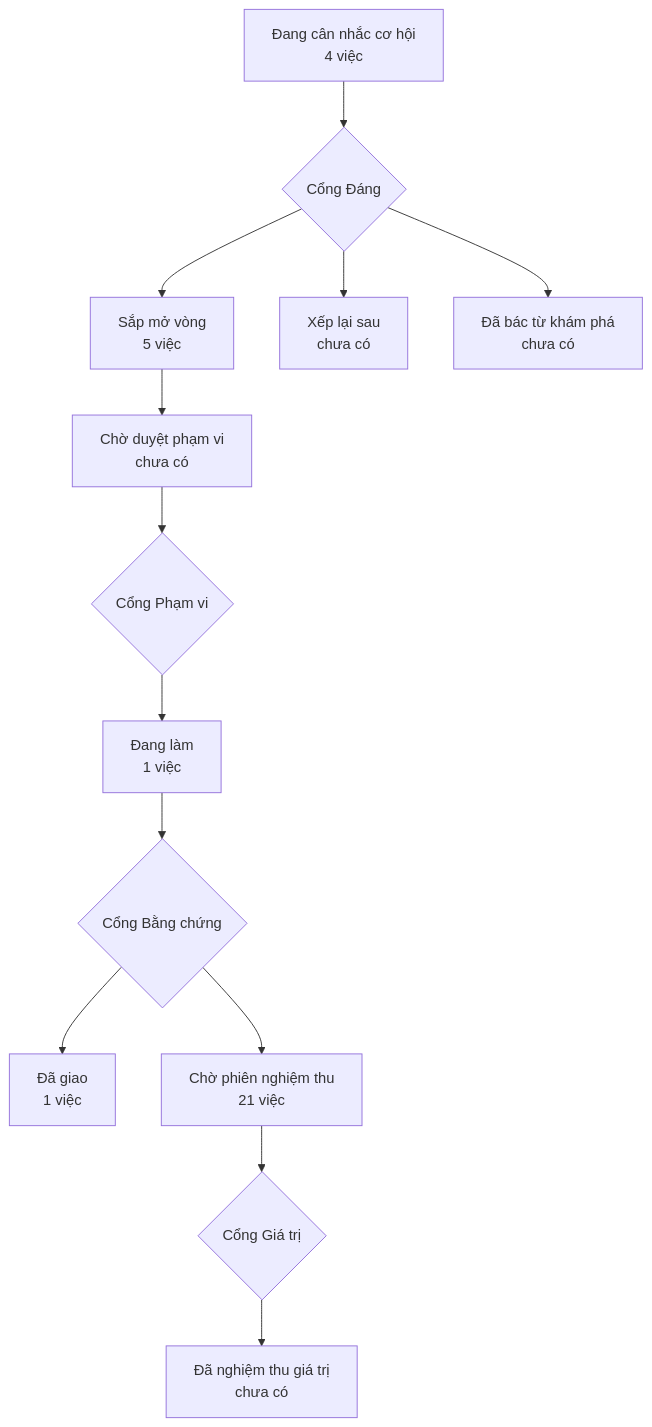
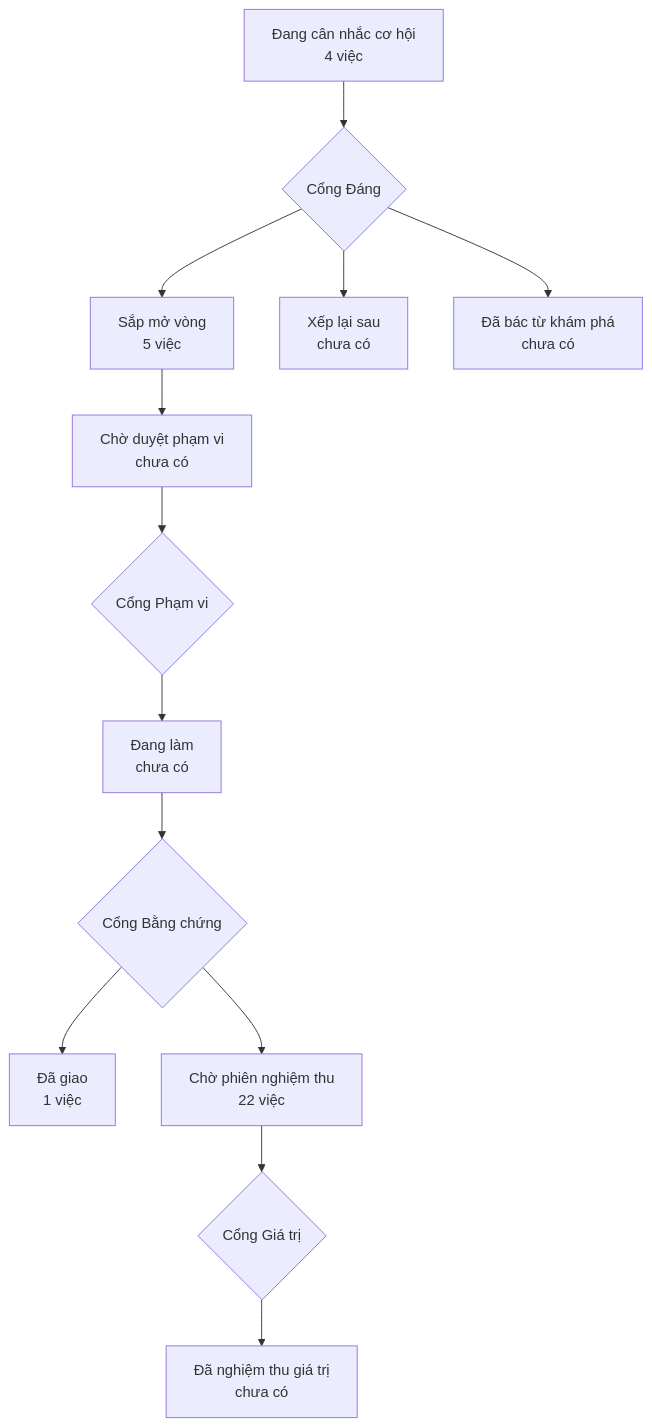
One commit to phanlemanh/onehub-inventory changed the diagram in PRODUCT-MAP.md. Above: the diagram before and after it, drawn with Mermaid. The commit also changed other lines of this file and 25 other files, not shown here.

````diff
--- a/PRODUCT-MAP.md
+++ b/PRODUCT-MAP.md
@@ -7,12 +7,12 @@
 ```mermaid
 flowchart TD
   A["Đang cân nhắc cơ hội<br/>4 việc"] --> GD{"Cổng Đáng"}
   GD --> B["Sắp mở vòng<br/>5 việc"]
   GD --> XL["Xếp lại sau<br/>chưa có"]
   GD --> DB["Đã bác từ khám phá<br/>chưa có"]
   B --> CD["Chờ duyệt phạm vi<br/>chưa có"] --> GP{"Cổng Phạm vi"}
-  GP --> DL["Đang làm<br/>1 việc"] --> GB{"Cổng Bằng chứng"}
+  GP --> DL["Đang làm<br/>chưa có"] --> GB{"Cổng Bằng chứng"}
   GB --> DG["Đã giao<br/>1 việc"]
-  GB --> CN["Chờ phiên nghiệm thu<br/>21 việc"] --> GG{"Cổng Giá trị"}
+  GB --> CN["Chờ phiên nghiệm thu<br/>22 việc"] --> GG{"Cổng Giá trị"}
   GG --> NT["Đã nghiệm thu giá trị<br/>chưa có"]
 ```
````
